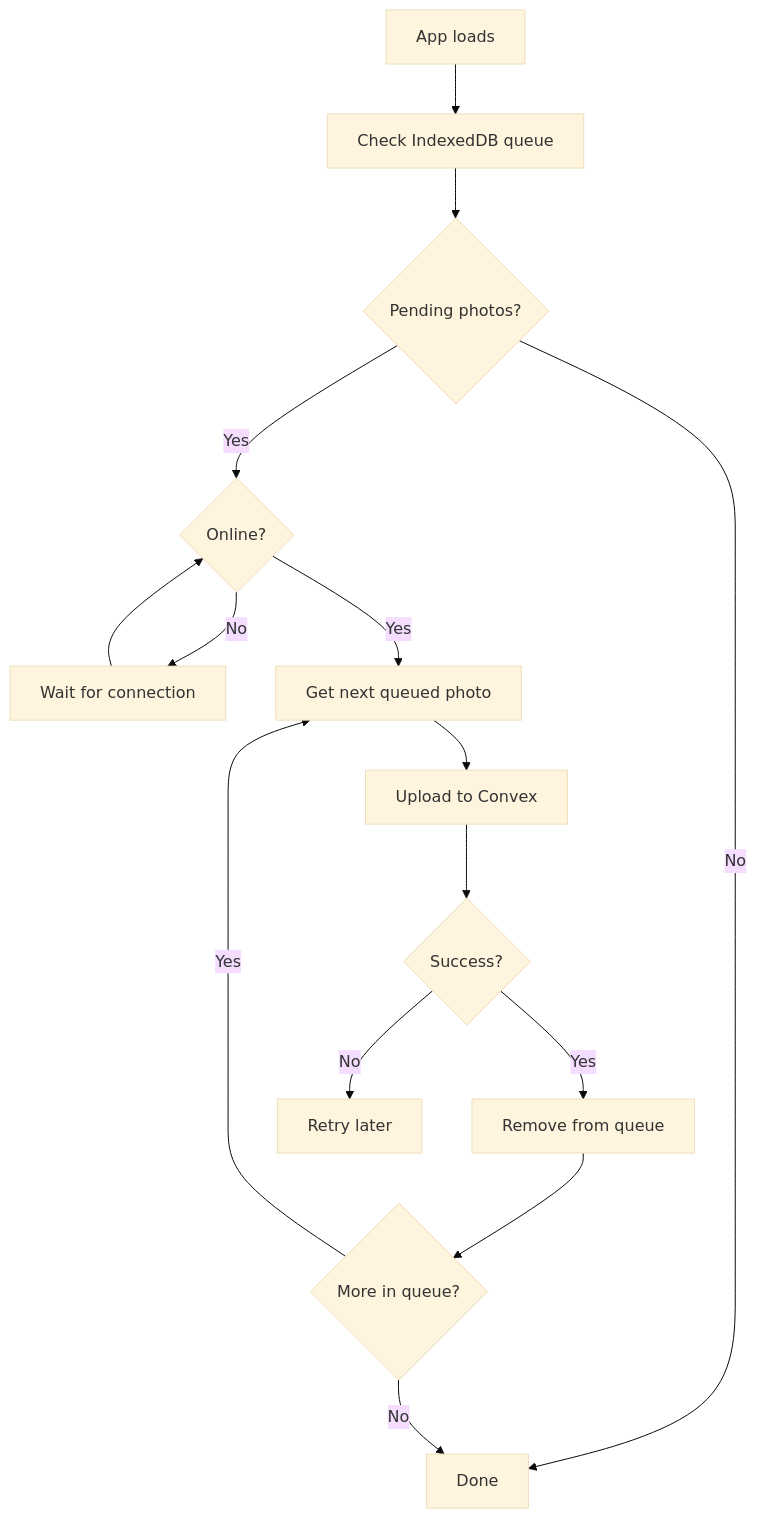
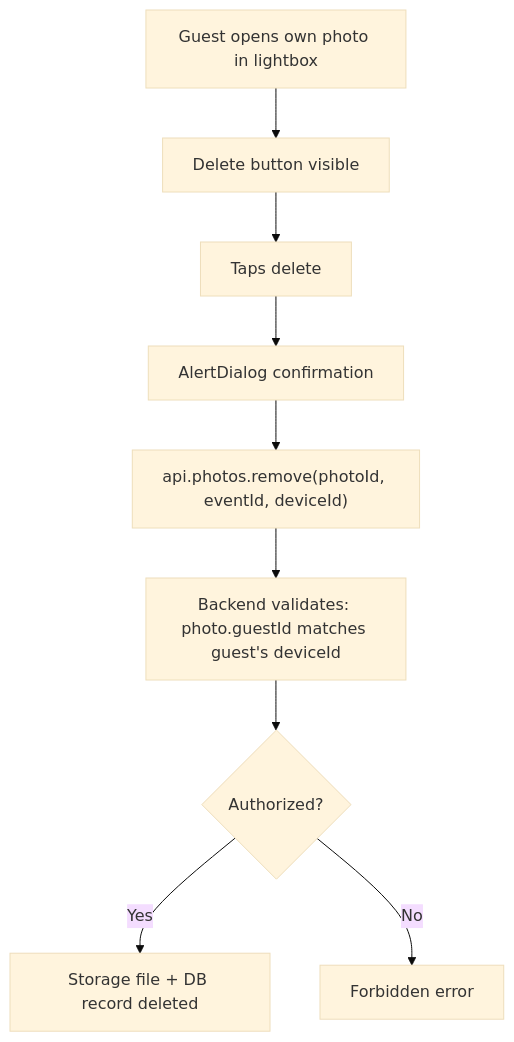
One commit to nova-chrome/WeWitnessed changed the seventh of 9 diagrams in docs/user-flows.md. Above: the diagram before and after it, drawn with Mermaid (base theme). The commit also changed other lines of this file and 6 other files, not shown here.

````diff
--- a/docs/user-flows.md
+++ b/docs/user-flows.md
@@ -98,17 +122,11 @@
 ```mermaid
 flowchart TD
-    A[App loads] --> B[Check IndexedDB queue]
-    B --> C{Pending photos?}
-    C -->|No| D[Done]
-    C -->|Yes| E{Online?}
-    E -->|No| F[Wait for connection]
-    F --> E
-    E -->|Yes| G[Get next queued photo]
-    G --> H[Upload to Convex]
-    H --> I{Success?}
-    I -->|Yes| J[Remove from queue]
-    I -->|No| K[Retry later]
-    J --> L{More in queue?}
-    L -->|Yes| G
-    L -->|No| D
+    A[Guest opens own photo in lightbox] --> B[Delete button visible]
+    B --> C[Taps delete]
+    C --> D[AlertDialog confirmation]
+    D --> E["api.photos.remove(photoId, eventId, deviceId)"]
+    E --> F[Backend validates: photo.guestId matches guest's deviceId]
+    F --> G{Authorized?}
+    G -->|Yes| H[Storage file + DB record deleted]
+    G -->|No| I[Forbidden error]
 ```
````
